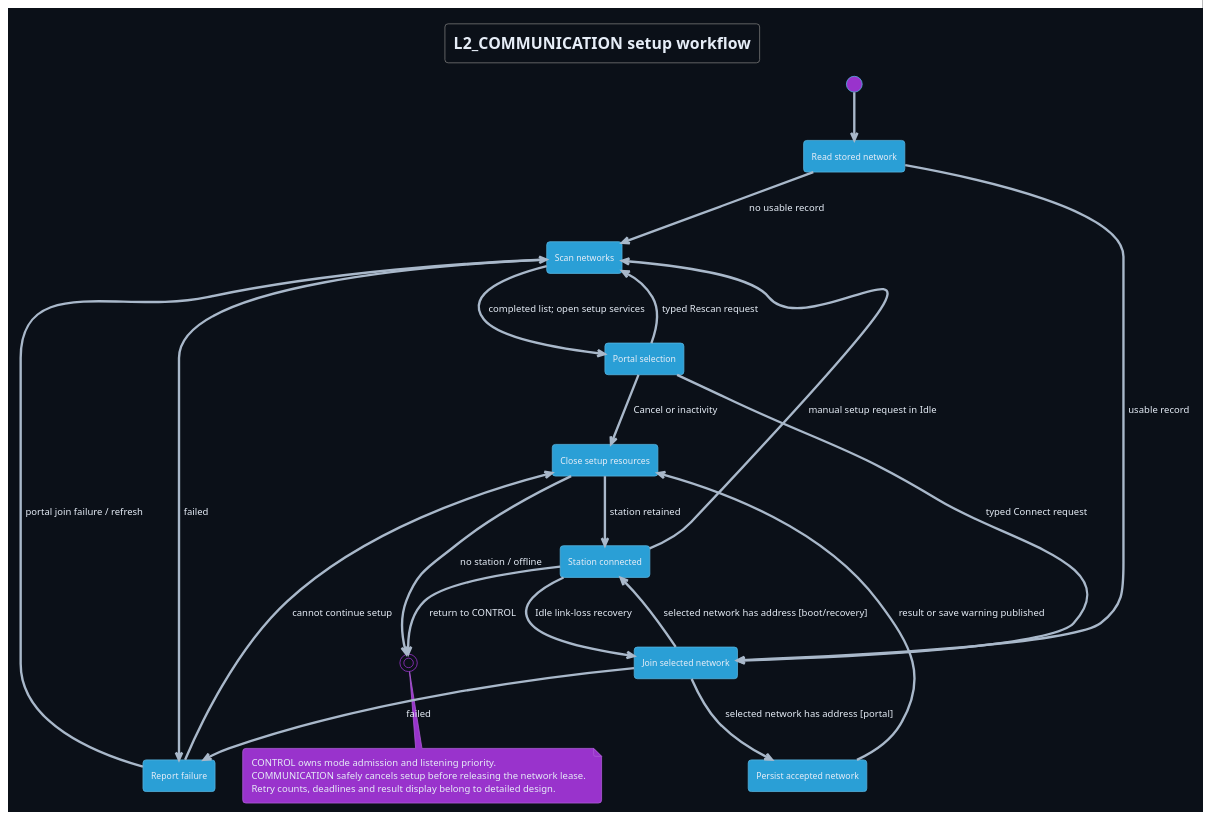
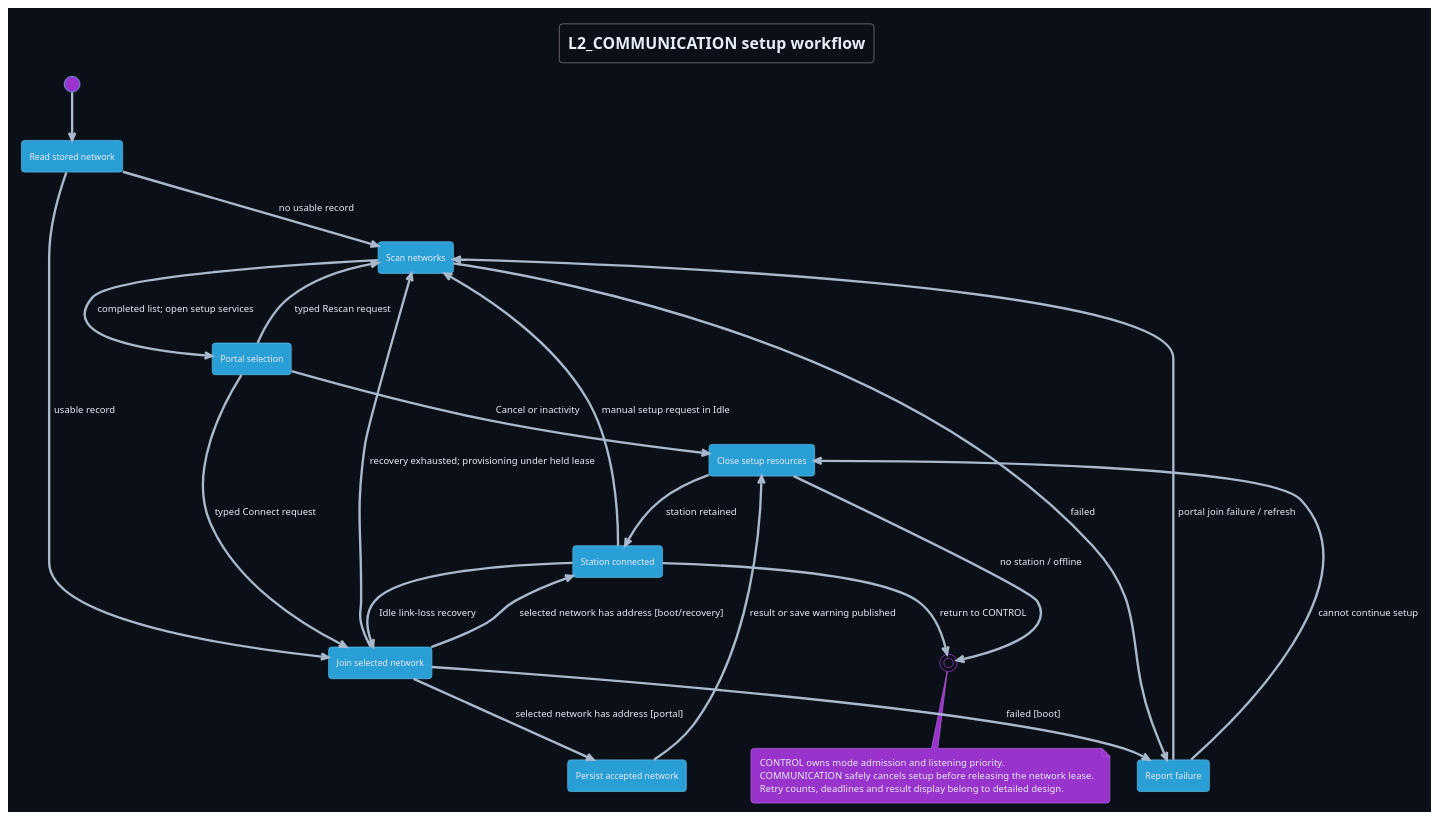
Before and after one commit to DemonicPsychoII/DigitalStethoscope: the diagram in Development/system/architecture/COMMUNICATION/setup-state.puml, drawn with PlantUML. The commit also changed 3 other files, not shown here.

First line of the commit message:
docs: align setup state and sequence with link recovery

```diff
--- a/Development/system/architecture/COMMUNICATION/setup-state.puml
+++ b/Development/system/architecture/COMMUNICATION/setup-state.puml
@@ -1,42 +1,43 @@
 @startuml setup_state
 !theme cyborg
 skinparam shadowing false
 skinparam defaultFontName SansSerif
 skinparam backgroundColor #0b1018
 skinparam defaultFontColor #e6edf7
 skinparam ArrowColor #a9b8ca
 title L2_COMMUNICATION setup workflow
 hide empty description
 state "Read stored network" as Boot
 state "Scan networks" as Scan
 state "Portal selection" as Portal
 state "Join selected network" as Join
 state "Persist accepted network" as Save
 state "Close setup resources" as Close
 state "Station connected" as Connected
 state "Report failure" as Failure
 [*] --> Boot
 Boot --> Join : usable record
 Boot --> Scan : no usable record
 Scan --> Portal : completed list; open setup services
 Portal --> Join : typed Connect request
 Portal --> Scan : typed Rescan request
 Portal --> Close : Cancel or inactivity
 Join --> Save : selected network has address [portal]
 Join --> Connected : selected network has address [boot/recovery]
-Join --> Failure : failed
+Join --> Scan : recovery exhausted; provisioning under held lease
+Join --> Failure : failed [boot]
 Scan --> Failure : failed
 Save --> Close : result or save warning published
 Failure --> Scan : portal join failure / refresh
 Failure --> Close : cannot continue setup
 Close --> Connected : station retained
 Close --> [*] : no station / offline
 Connected --> Join : Idle link-loss recovery
 Connected --> Scan : manual setup request in Idle
 Connected --> [*] : return to CONTROL
 note bottom
  CONTROL owns mode admission and listening priority.
  COMMUNICATION safely cancels setup before releasing the network lease.
  Retry counts, deadlines and result display belong to detailed design.
 end note
 @enduml
```
